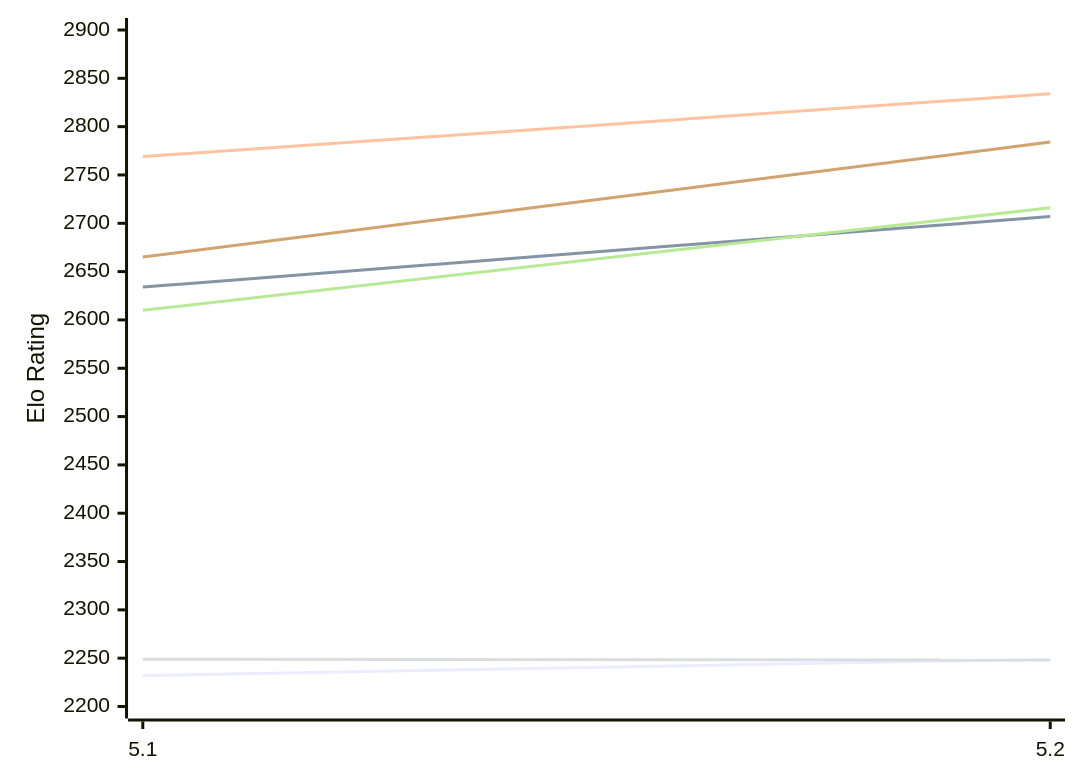
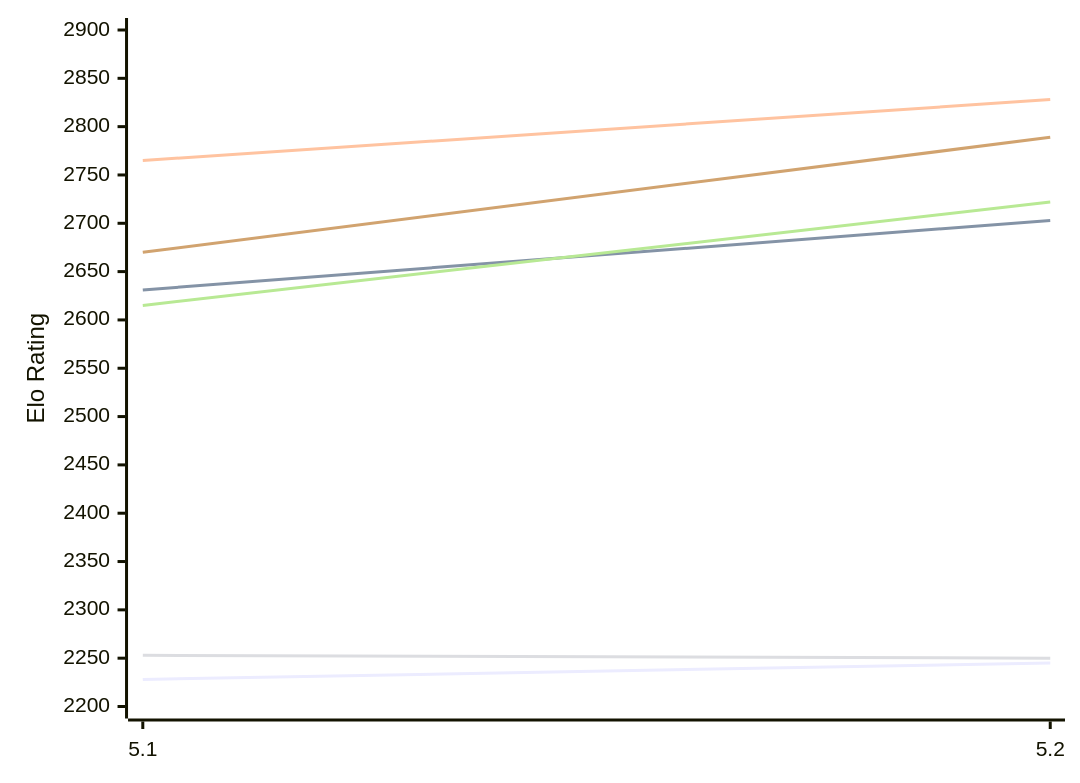
One commit to computer-chess-index/cci changed the first of 2 diagrams in engines/Dorky.md. Above: the diagram before and after it, drawn with Mermaid. The commit also changed other lines of this file, not shown here.

Commit message:
Update CCI Ratings (ELO VLTC) - 2026-11-21

````diff
--- a/engines/Dorky.md
+++ b/engines/Dorky.md
@@ -50,12 +50,12 @@
 ```mermaid
 %%{init: {"theme":"base","themeVariables":{"seriesColors:['#a3a3a3','#222221','#faa371']}}}%%
 xychart-beta
   x-axis ["5.1", "5.2"]
   y-axis "Elo Rating" 2200 --> 2900
-  line "E1: STC (8.0+0.08s)" [2232, 2249]
-  line "E1: LTC (60.0+0.60s)" [2634, 2707]
-  line "E1: VLTC (2m24s+1.12s)" [2769, 2834]
-  line "P1: STC (8.0+0.08s)" [2249, 2248]
-  line "P1: LTC (60.0+0.60s)" [2610, 2716]
-  line "P1: VLTC (2m24s+1.12s)" [2665, 2784]
+  line "E1: STC (8.0+0.08s)" [2228, 2245]
+  line "E1: LTC (60.0+0.60s)" [2631, 2703]
+  line "E1: VLTC (2m24s+1.12s)" [2765, 2828]
+  line "P1: STC (8.0+0.08s)" [2253, 2250]
+  line "P1: LTC (60.0+0.60s)" [2615, 2722]
+  line "P1: VLTC (2m24s+1.12s)" [2670, 2789]
 ```
````
